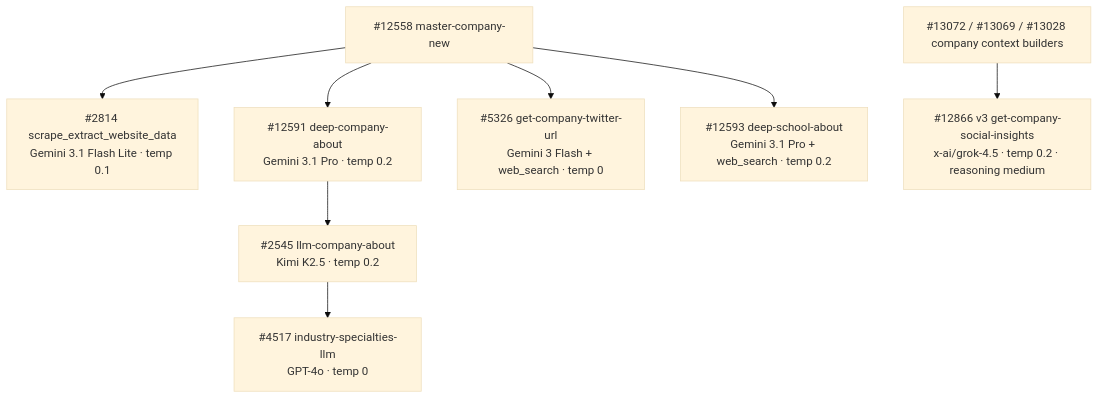
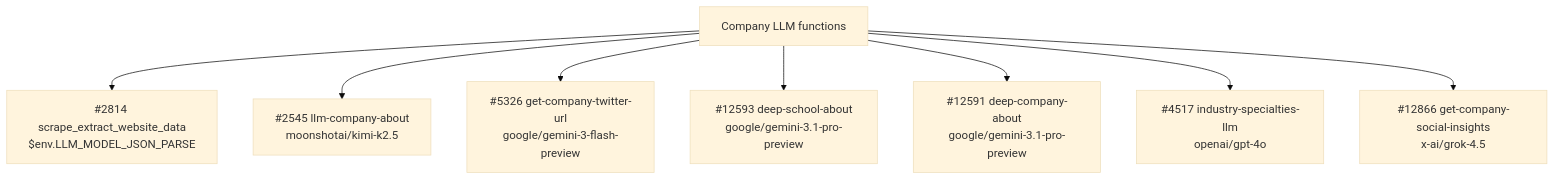
The diagram in guides/enrichment/company-pipeline/model-summary.mdx (M-Pederson/docs), drawn with Mermaid (base theme) before and after one commit. The commit also changed other lines of this file and 12 other files, not shown here.

````diff
--- a/guides/enrichment/company-pipeline/model-summary.mdx
+++ b/guides/enrichment/company-pipeline/model-summary.mdx
@@ -116,10 +95,11 @@
 ```mermaid
 graph TD
-    A["#12558 master-company-new"] --> B["#2814 scrape_extract_website_data<br/>Gemini 3.1 Flash Lite · temp 0.1"]
-    A --> C["#12591 deep-company-about<br/>Gemini 3.1 Pro · temp 0.2"]
-    A --> D["#5326 get-company-twitter-url<br/>Gemini 3 Flash + web_search · temp 0"]
-    A --> F["#12593 deep-school-about<br/>Gemini 3.1 Pro + web_search · temp 0.2"]
-    C --> G["#2545 llm-company-about<br/>Kimi K2.5 · temp 0.2"]
-    G --> H["#4517 industry-specialties-llm<br/>GPT-4o · temp 0"]
-    J["#13072 / #13069 / #13028 company context builders"] --> K["#12866 v3 get-company-social-insights<br/>x-ai/grok-4.5 · temp 0.2 · reasoning medium"]
+    ROOT["Company LLM functions"]
+    ROOT --> F2814["#2814 scrape_extract_website_data<br/>$env.LLM_MODEL_JSON_PARSE"]
+    ROOT --> F2545["#2545 llm-company-about<br/>moonshotai/kimi-k2.5"]
+    ROOT --> F5326["#5326 get-company-twitter-url<br/>google/gemini-3-flash-preview"]
+    ROOT --> F12593["#12593 deep-school-about<br/>google/gemini-3.1-pro-preview"]
+    ROOT --> F12591["#12591 deep-company-about<br/>google/gemini-3.1-pro-preview"]
+    ROOT --> F4517["#4517 industry-specialties-llm<br/>openai/gpt-4o"]
+    ROOT --> F12866["#12866 get-company-social-insights<br/>x-ai/grok-4.5"]
 ```
````
